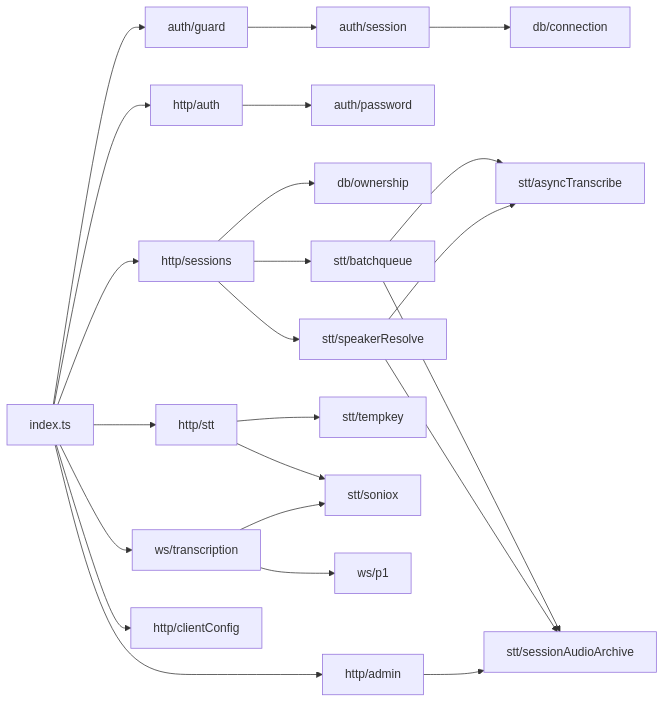
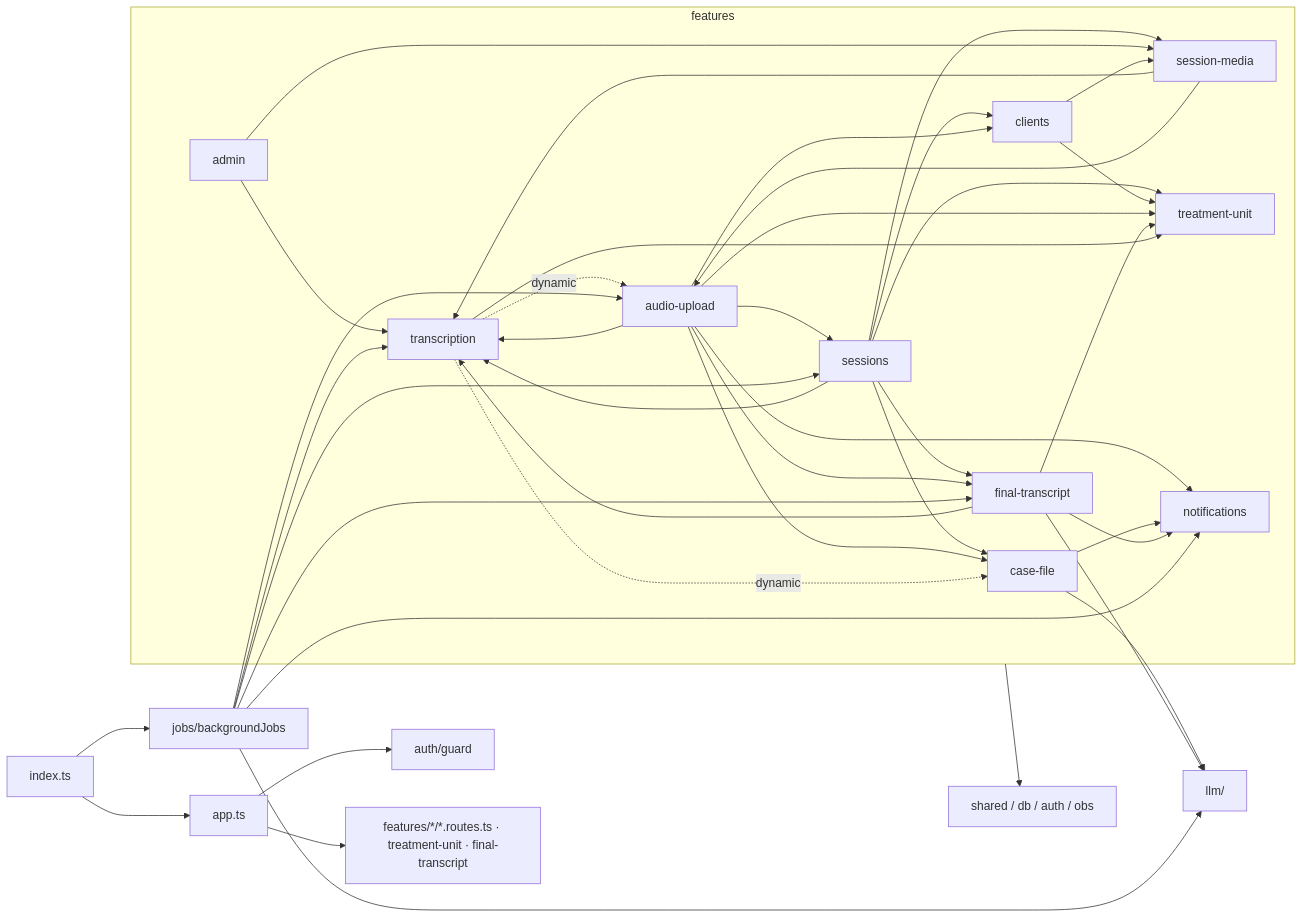
Before and after one commit to smohebzadeh86-hub/feeliaa: the diagram in docs/01-architecture/application-architecture.md, drawn with Mermaid. The commit also changed other lines of this file and 41 other files, not shown here.

````diff
--- a/docs/01-architecture/application-architecture.md
+++ b/docs/01-architecture/application-architecture.md
@@ -91,16 +103,43 @@
 ```mermaid
 flowchart LR
-  idx[index.ts] --> guard[auth/guard] --> sess[auth/session] --> conn[db/connection]
-  idx --> httpA[http/auth] --> pw[auth/password]
-  idx --> httpS[http/sessions] --> own[db/ownership]
-  httpS --> bq[stt/batchqueue] --> at[stt/asyncTranscribe]
-  bq --> arch[stt/sessionAudioArchive]
-  httpS --> sr[stt/speakerResolve] --> at
-  sr --> arch
-  idx --> httpT[http/stt] --> tk[stt/tempkey]
-  httpT --> eng[stt/soniox]
-  idx --> ws[ws/transcription] --> eng
-  ws --> p1[ws/p1]
-  idx --> httpAd[http/admin] --> arch
-  idx --> cc[http/clientConfig]
+  idx[index.ts] --> app[app.ts] --> guard[auth/guard]
+  idx --> jobs[jobs/backgroundJobs]
+  app --> R[features/*/*.routes.ts · treatment-unit · final-transcript]
+  subgraph features
+    sessions --> transcription
+    sessions --> sessionMedia[session-media]
+    sessions --> clients
+    sessions --> caseFile[case-file]
+    sessions --> tu[treatment-unit]
+    sessions --> ft[final-transcript]
+    admin --> transcription
+    admin --> sessionMedia
+    clients --> sessionMedia
+    clients --> tu
+    sessionMedia --> transcription
+    sessionMedia --> audioUpload[audio-upload]
+    audioUpload --> transcription
+    audioUpload --> sessions
+    audioUpload --> clients
+    audioUpload --> caseFile
+    audioUpload --> notifications
+    audioUpload --> tu
+    audioUpload --> ft
+    caseFile --> notifications
+    ft --> transcription
+    ft --> tu
+    ft --> notifications
+    transcription --> tu
+    transcription -. dynamic .-> caseFile
+    transcription -. dynamic .-> audioUpload
+  end
+  caseFile --> llm[llm/]
+  ft --> llm
+  jobs --> transcription
+  jobs --> audioUpload
+  jobs --> sessions
+  jobs --> notifications
+  jobs --> ft
+  jobs --> llm
+  features --> platform[shared / db / auth / obs]
 ```
````
